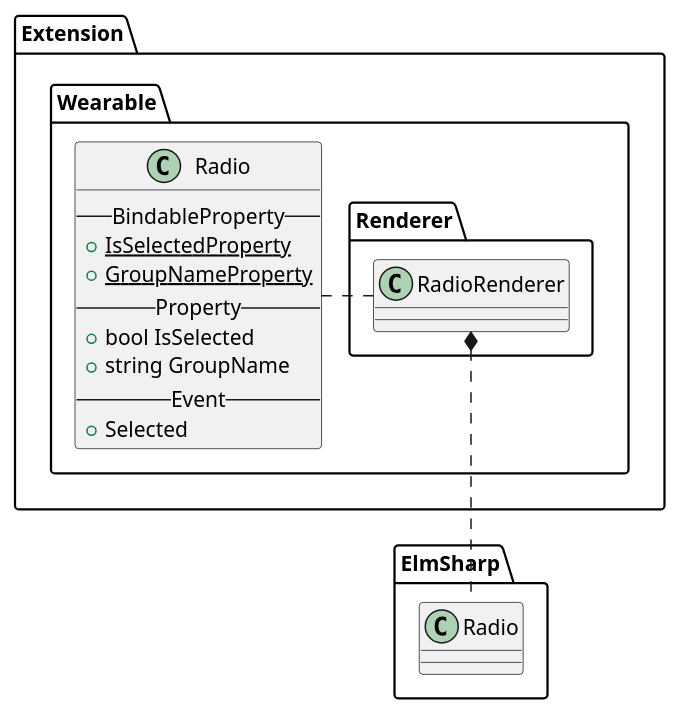
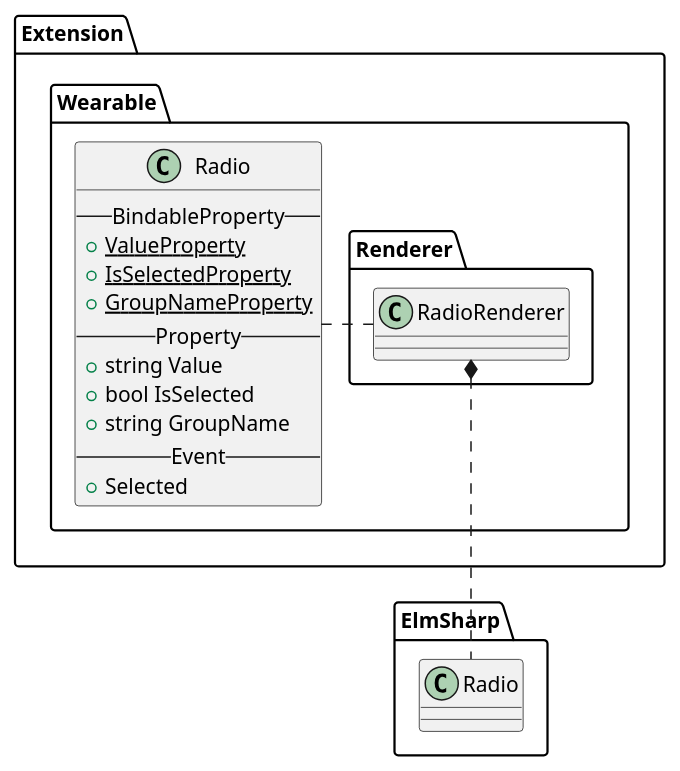
Before and after one commit to Samsung/Tizen.CircularUI: the fourth of 4 diagrams in doc/design/uml/Etc.wsd, drawn with PlantUML. The commit also changed 3 other files, not shown here.

```diff
--- a/doc/design/uml/Etc.wsd
+++ b/doc/design/uml/Etc.wsd
@@ -122,27 +122,29 @@
 @startuml Radio.png
 
 package "Extension.Wearable" {
    class Radio {
         --BindableProperty--
+        {static} +ValueProperty
         {static} +IsSelectedProperty
         {static} +GroupNameProperty
         --Property--
+        +string Value
         +bool IsSelected
         +string GroupName
         --Event--
         +Selected
     }
 }
 
 
 package "Extension.Wearable.Renderer" { 
     class RadioRenderer
     RadioRenderer .l. Radio
 }
 
 package "ElmSharp" {
     class Radio
 }
 
 RadioRenderer *.. ElmSharp.Radio
 @enduml
```
